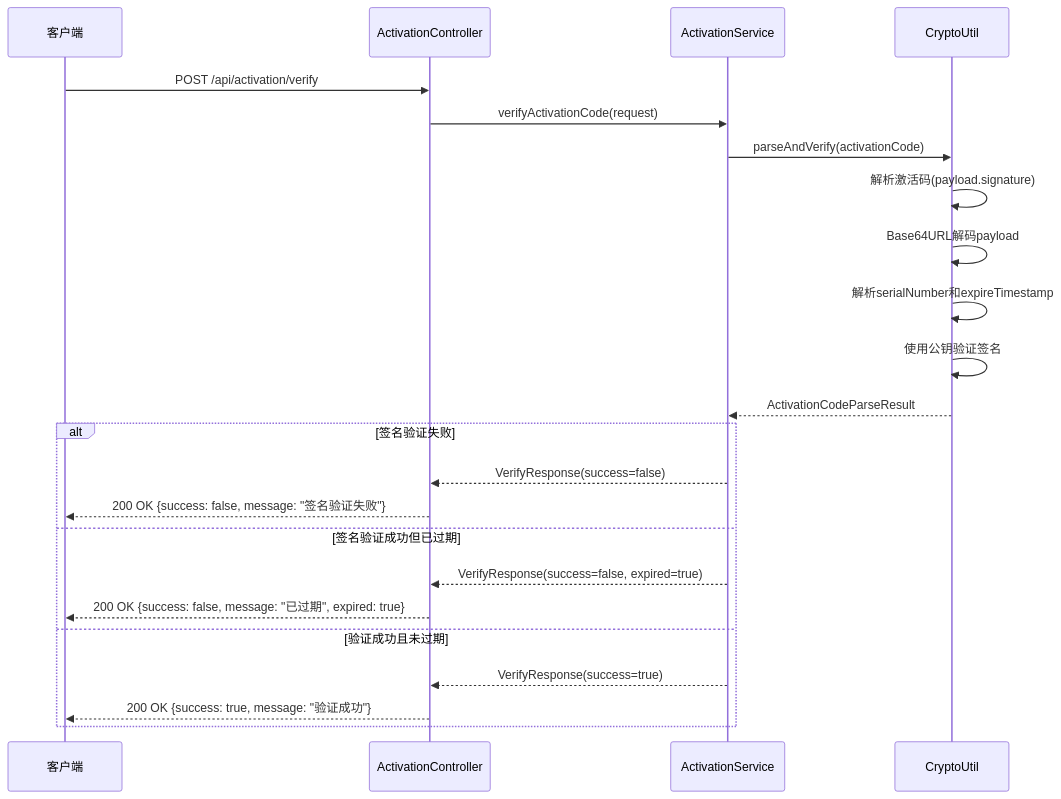
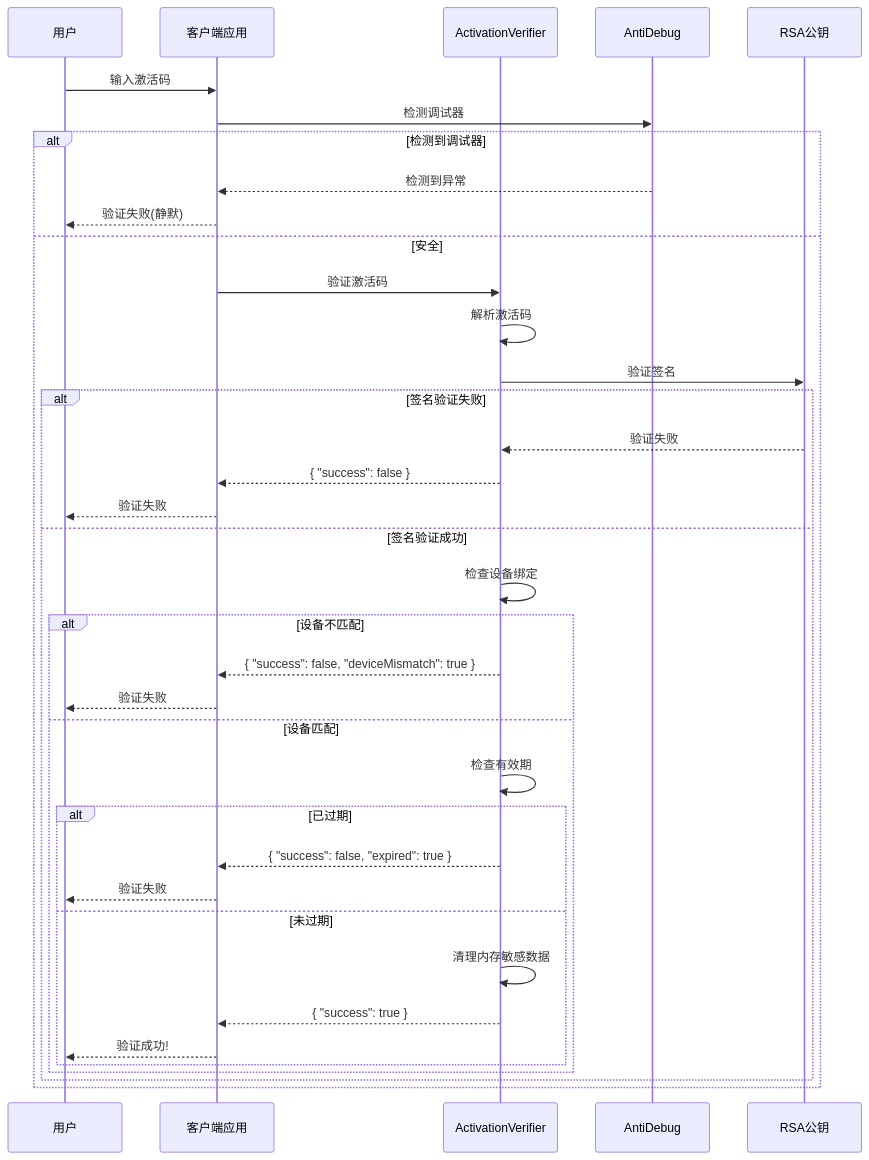
Before and after one commit to jonesAriven/devtools: the sixth of 8 diagrams in active-manager/docs/design.md, drawn with Mermaid. The commit also changed other lines of this file and 69 other files, not shown here.

````diff
--- a/active-manager/docs/design.md
+++ b/active-manager/docs/design.md
@@ -94,27 +291,40 @@
 ```mermaid
 sequenceDiagram
-    participant Client as 客户端
-    participant Controller as ActivationController
-    participant Service as ActivationService
-    participant Crypto as CryptoUtil
+    participant User as 用户
+    participant App as 客户端应用
+    participant Verifier as ActivationVerifier
+    participant AntiDebug as AntiDebug
+    participant RSA as RSA公钥
 
-    Client->>Controller: POST /api/activation/verify
-    Controller->>Service: verifyActivationCode(request)
-    Service->>Crypto: parseAndVerify(activationCode)
-    Crypto->>Crypto: 解析激活码(payload.signature)
-    Crypto->>Crypto: Base64URL解码payload
-    Crypto->>Crypto: 解析serialNumber和expireTimestamp
-    Crypto->>Crypto: 使用公钥验证签名
-    Crypto-->>Service: ActivationCodeParseResult
-    
-    alt 签名验证失败
-        Service-->>Controller: VerifyResponse(success=false)
-        Controller-->>Client: 200 OK {success: false, message: "签名验证失败"}
-    else 签名验证成功但已过期
-        Service-->>Controller: VerifyResponse(success=false, expired=true)
-        Controller-->>Client: 200 OK {success: false, message: "已过期", expired: true}
-    else 验证成功且未过期
-        Service-->>Controller: VerifyResponse(success=true)
-        Controller-->>Client: 200 OK {success: true, message: "验证成功"}
+    User->>App: 输入激活码
+    App->>AntiDebug: 检测调试器
+    alt 检测到调试器
+        AntiDebug-->>App: 检测到异常
+        App-->>User: 验证失败(静默)
+    else 安全
+        App->>Verifier: 验证激活码
+        Verifier->>Verifier: 解析激活码
+        Verifier->>RSA: 验证签名
+        alt 签名验证失败
+            RSA-->>Verifier: 验证失败
+            Verifier-->>App: { "success": false }
+            App-->>User: 验证失败
+        else 签名验证成功
+            Verifier->>Verifier: 检查设备绑定
+            alt 设备不匹配
+                Verifier-->>App: { "success": false, "deviceMismatch": true }
+                App-->>User: 验证失败
+            else 设备匹配
+                Verifier->>Verifier: 检查有效期
+                alt 已过期
+                    Verifier-->>App: { "success": false, "expired": true }
+                    App-->>User: 验证失败
+                else 未过期
+                    Verifier->>Verifier: 清理内存敏感数据
+                    Verifier-->>App: { "success": true }
+                    App-->>User: 验证成功!
+                end
+            end
+        end
     end
 ```
````
